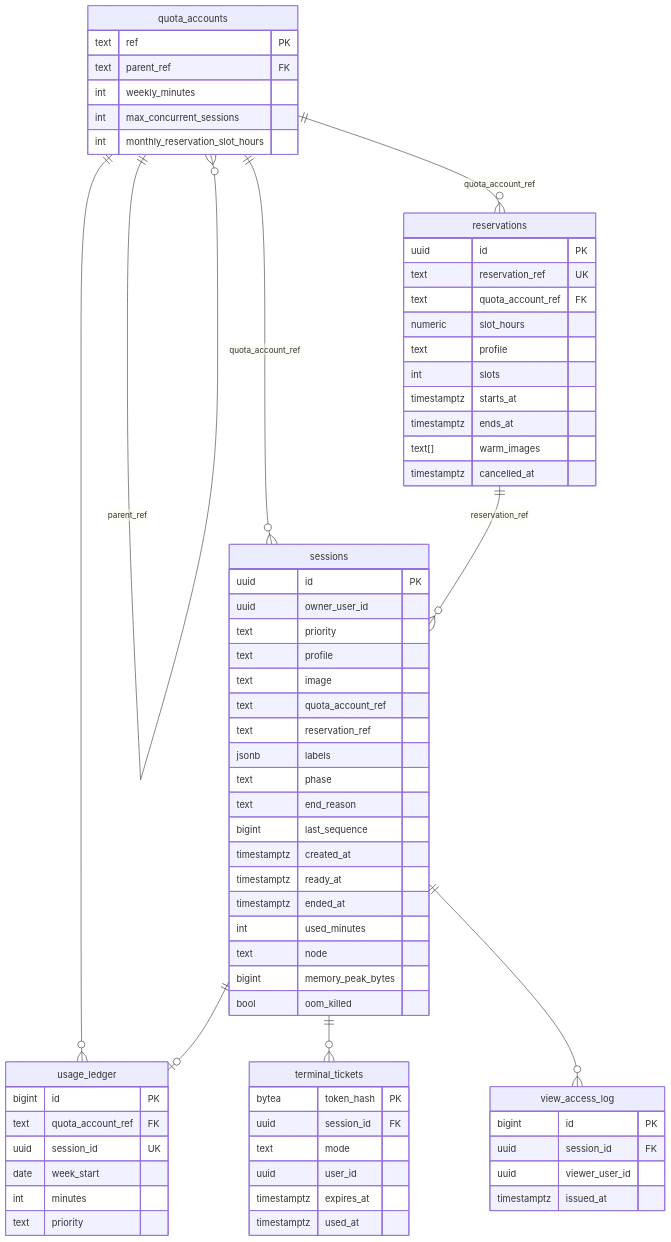
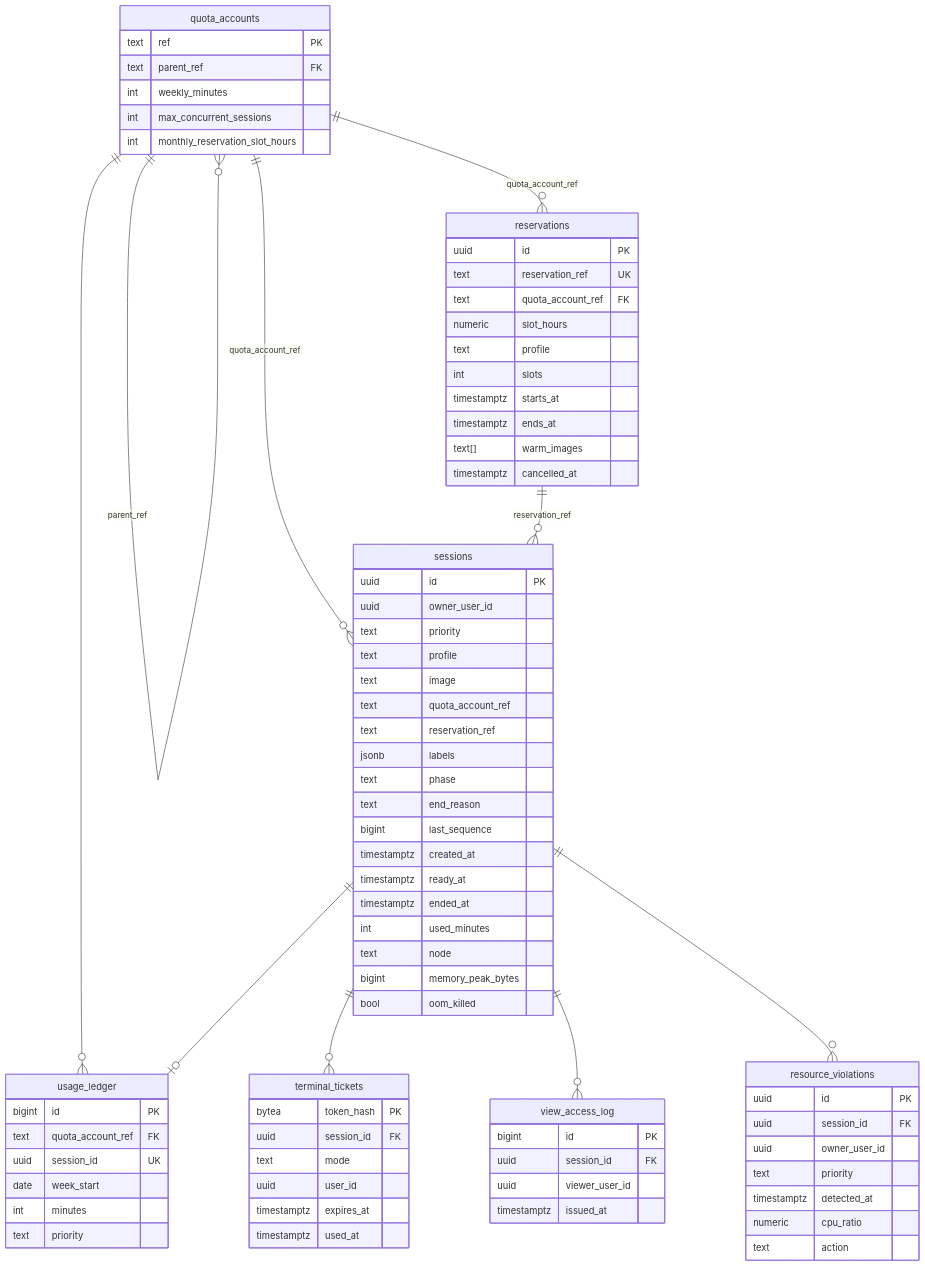
One commit to NhatMinh0311/Crucible changed the second of 2 diagrams in docs/modules/m1-runtime.md. Above: the diagram before and after it, drawn with Mermaid. The commit also changed other lines of this file and 10 other files, not shown here.

````diff
--- a/docs/modules/m1-runtime.md
+++ b/docs/modules/m1-runtime.md
@@ -183,6 +193,7 @@
     sessions ||--o| usage_ledger : ""
     sessions ||--o{ terminal_tickets : ""
     sessions ||--o{ view_access_log : ""
+    sessions ||--o{ resource_violations : ""
     reservations ||--o{ sessions : "reservation_ref"
 
     sessions {
@@ -246,4 +257,13 @@
         uuid viewer_user_id
         timestamptz issued_at
     }
+    resource_violations {
+        uuid id PK
+        uuid session_id FK
+        uuid owner_user_id
+        text priority
+        timestamptz detected_at
+        numeric cpu_ratio
+        text action
+    }
 ```
````
